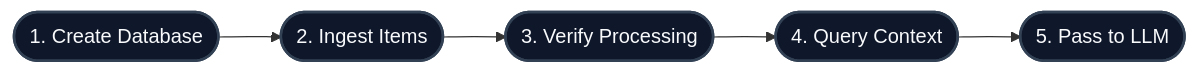
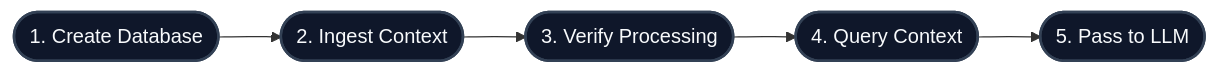
Before and after one commit to hydra-db/mintlify-docs: the diagram in get-started/v2/quickstart.mdx, drawn with Mermaid. The commit also changed other lines of this file and 38 other files, not shown here.

````diff
--- a/get-started/v2/quickstart.mdx
+++ b/get-started/v2/quickstart.mdx
@@ -259,13 +259,13 @@
 ```mermaid
 flowchart LR
-  A([1. Create Database]) --> B([2. Ingest Items])
+  A([1. Create Database]) --> B([2. Ingest Context])
   B --> C([3. Verify Processing])
   C --> D([4. Query Context])
   D --> E([5. Pass to LLM])
 
   style A fill:#0f172a,stroke:#334155,stroke-width:2px,color:#f8fafc,stroke-linecap:round
   style B fill:#0f172a,stroke:#334155,stroke-width:2px,color:#f8fafc,stroke-linecap:round
   style C fill:#0f172a,stroke:#334155,stroke-width:2px,color:#f8fafc,stroke-linecap:round
   style D fill:#0f172a,stroke:#334155,stroke-width:2px,color:#f8fafc,stroke-linecap:round
   style E fill:#0f172a,stroke:#334155,stroke-width:2px,color:#f8fafc,stroke-linecap:round
 ```
````
